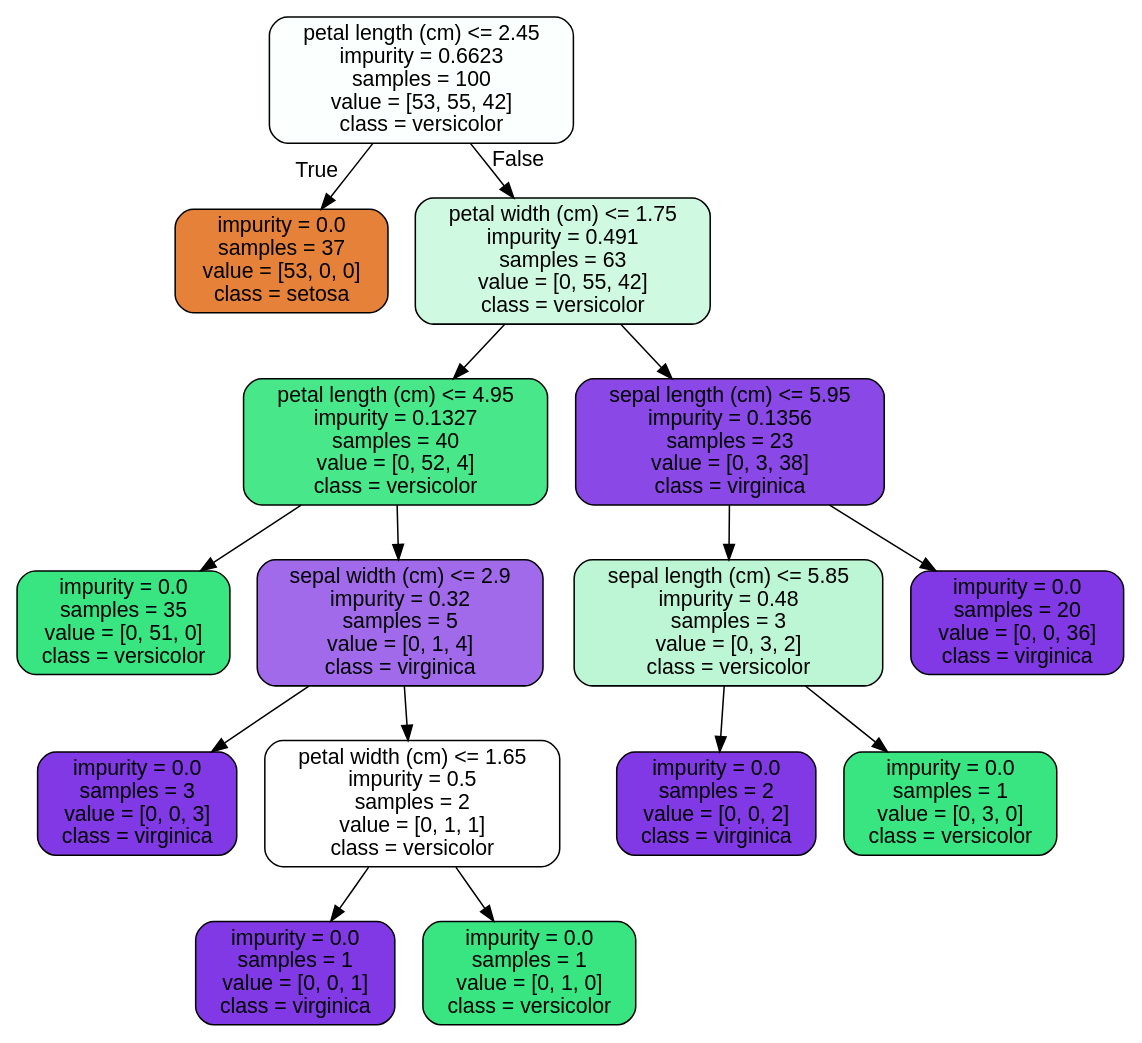
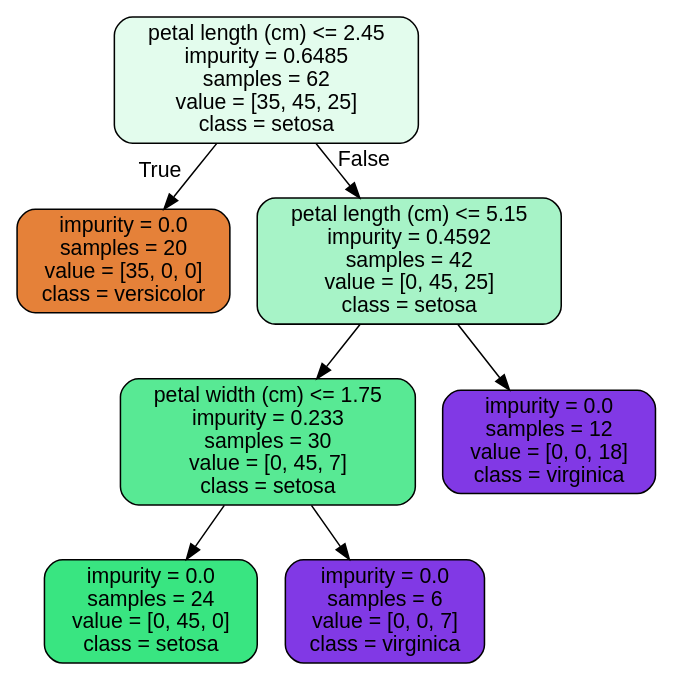
One commit to sagyome/phd_code changed the diagram in tree.dot. Above: the diagram before and after it, drawn with Graphviz. The commit also changed 23 other files, not shown here.

```diff
--- a/tree.dot
+++ b/tree.dot
@@ -1,33 +1,17 @@
 digraph Tree {
 node [shape=box, style="filled, rounded", color="black", fontname=helvetica] ;
 edge [fontname=helvetica] ;
-0 [label="petal length (cm) <= 2.45\nimpurity = 0.6623\nsamples = 100\nvalue = [53, 55, 42]\nclass = versicolor", fillcolor="#39e58105"] ;
-1 [label="impurity = 0.0\nsamples = 37\nvalue = [53, 0, 0]\nclass = setosa", fillcolor="#e58139ff"] ;
+0 [label="petal length (cm) <= 2.45\nimpurity = 0.6485\nsamples = 62\nvalue = [35, 45, 25]\nclass = setosa", fillcolor="#39e58124"] ;
+1 [label="impurity = 0.0\nsamples = 20\nvalue = [35, 0, 0]\nclass = versicolor", fillcolor="#e58139ff"] ;
 0 -> 1 [labeldistance=2.5, labelangle=45, headlabel="True"] ;
-2 [label="petal width (cm) <= 1.75\nimpurity = 0.491\nsamples = 63\nvalue = [0, 55, 42]\nclass = versicolor", fillcolor="#39e5813c"] ;
+2 [label="petal length (cm) <= 5.15\nimpurity = 0.4592\nsamples = 42\nvalue = [0, 45, 25]\nclass = setosa", fillcolor="#39e58171"] ;
 0 -> 2 [labeldistance=2.5, labelangle=-45, headlabel="False"] ;
-3 [label="petal length (cm) <= 4.95\nimpurity = 0.1327\nsamples = 40\nvalue = [0, 52, 4]\nclass = versicolor", fillcolor="#39e581eb"] ;
+3 [label="petal width (cm) <= 1.75\nimpurity = 0.233\nsamples = 30\nvalue = [0, 45, 7]\nclass = setosa", fillcolor="#39e581d7"] ;
 2 -> 3 ;
-4 [label="impurity = 0.0\nsamples = 35\nvalue = [0, 51, 0]\nclass = versicolor", fillcolor="#39e581ff"] ;
+4 [label="impurity = 0.0\nsamples = 24\nvalue = [0, 45, 0]\nclass = setosa", fillcolor="#39e581ff"] ;
 3 -> 4 ;
-5 [label="sepal width (cm) <= 2.9\nimpurity = 0.32\nsamples = 5\nvalue = [0, 1, 4]\nclass = virginica", fillcolor="#8139e5bf"] ;
+5 [label="impurity = 0.0\nsamples = 6\nvalue = [0, 0, 7]\nclass = virginica", fillcolor="#8139e5ff"] ;
 3 -> 5 ;
-6 [label="impurity = 0.0\nsamples = 3\nvalue = [0, 0, 3]\nclass = virginica", fillcolor="#8139e5ff"] ;
-5 -> 6 ;
-7 [label="petal width (cm) <= 1.65\nimpurity = 0.5\nsamples = 2\nvalue = [0, 1, 1]\nclass = versicolor", fillcolor="#39e58100"] ;
-5 -> 7 ;
-8 [label="impurity = 0.0\nsamples = 1\nvalue = [0, 0, 1]\nclass = virginica", fillcolor="#8139e5ff"] ;
-7 -> 8 ;
-9 [label="impurity = 0.0\nsamples = 1\nvalue = [0, 1, 0]\nclass = versicolor", fillcolor="#39e581ff"] ;
-7 -> 9 ;
-10 [label="sepal length (cm) <= 5.95\nimpurity = 0.1356\nsamples = 23\nvalue = [0, 3, 38]\nclass = virginica", fillcolor="#8139e5eb"] ;
-2 -> 10 ;
-11 [label="sepal length (cm) <= 5.85\nimpurity = 0.48\nsamples = 3\nvalue = [0, 3, 2]\nclass = versicolor", fillcolor="#39e58155"] ;
-10 -> 11 ;
-12 [label="impurity = 0.0\nsamples = 2\nvalue = [0, 0, 2]\nclass = virginica", fillcolor="#8139e5ff"] ;
-11 -> 12 ;
-13 [label="impurity = 0.0\nsamples = 1\nvalue = [0, 3, 0]\nclass = versicolor", fillcolor="#39e581ff"] ;
-11 -> 13 ;
-14 [label="impurity = 0.0\nsamples = 20\nvalue = [0, 0, 36]\nclass = virginica", fillcolor="#8139e5ff"] ;
-10 -> 14 ;
+6 [label="impurity = 0.0\nsamples = 12\nvalue = [0, 0, 18]\nclass = virginica", fillcolor="#8139e5ff"] ;
+2 -> 6 ;
 }
```
